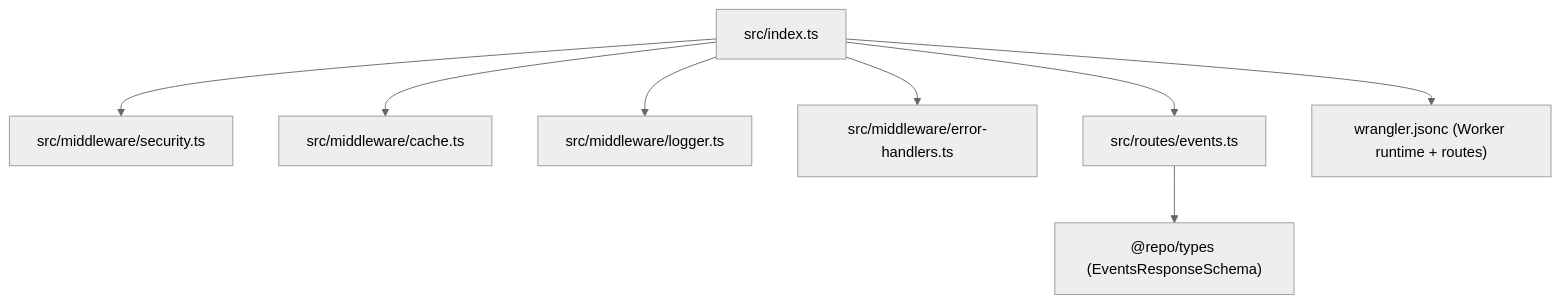
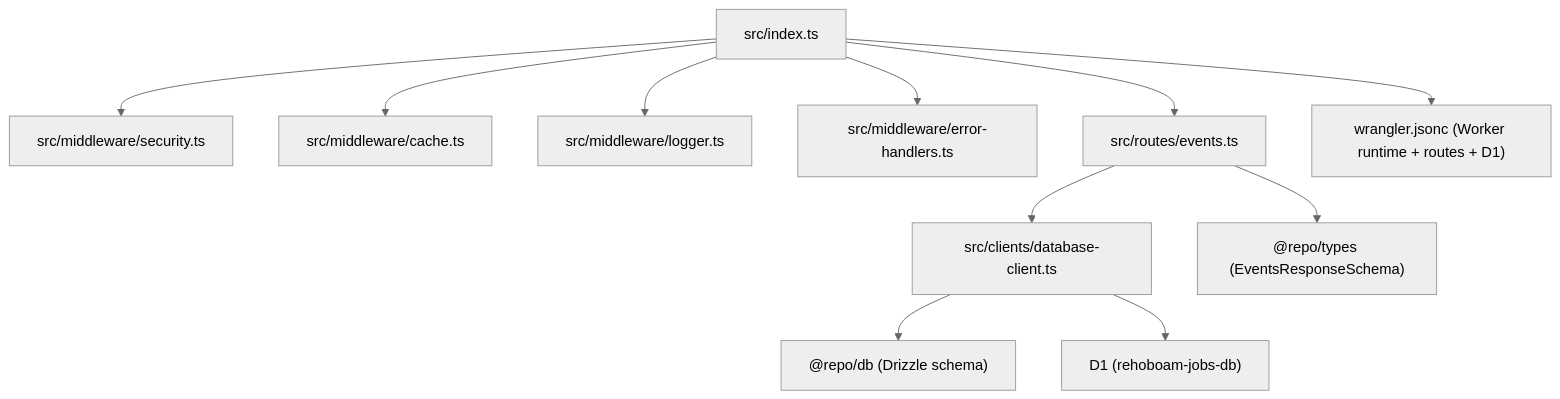
One commit to valuecodes/Rehoboam-UI changed the second of 2 diagrams in apps/api/README.md. Above: the diagram before and after it, drawn with Mermaid (neutral theme). The commit also changed other lines of this file and 24 other files, not shown here.

````diff
--- a/apps/api/README.md
+++ b/apps/api/README.md
@@ -46,10 +47,13 @@
 ```mermaid
 flowchart TD
     IDX["src/index.ts"] --> SEC["src/middleware/security.ts"]
     IDX --> CACHE["src/middleware/cache.ts"]
     IDX --> LOG["src/middleware/logger.ts"]
     IDX --> ERR["src/middleware/error-handlers.ts"]
     IDX --> EVT["src/routes/events.ts"]
+    EVT --> DBC["src/clients/database-client.ts"]
+    DBC --> DB["@repo/db (Drizzle schema)"]
+    DBC --> D1["D1 (rehoboam-jobs-db)"]
     EVT --> TYPES["@repo/types (EventsResponseSchema)"]
-    IDX --> CFG["wrangler.jsonc (Worker runtime + routes)"]
+    IDX --> CFG["wrangler.jsonc (Worker runtime + routes + D1)"]
 ```
````
